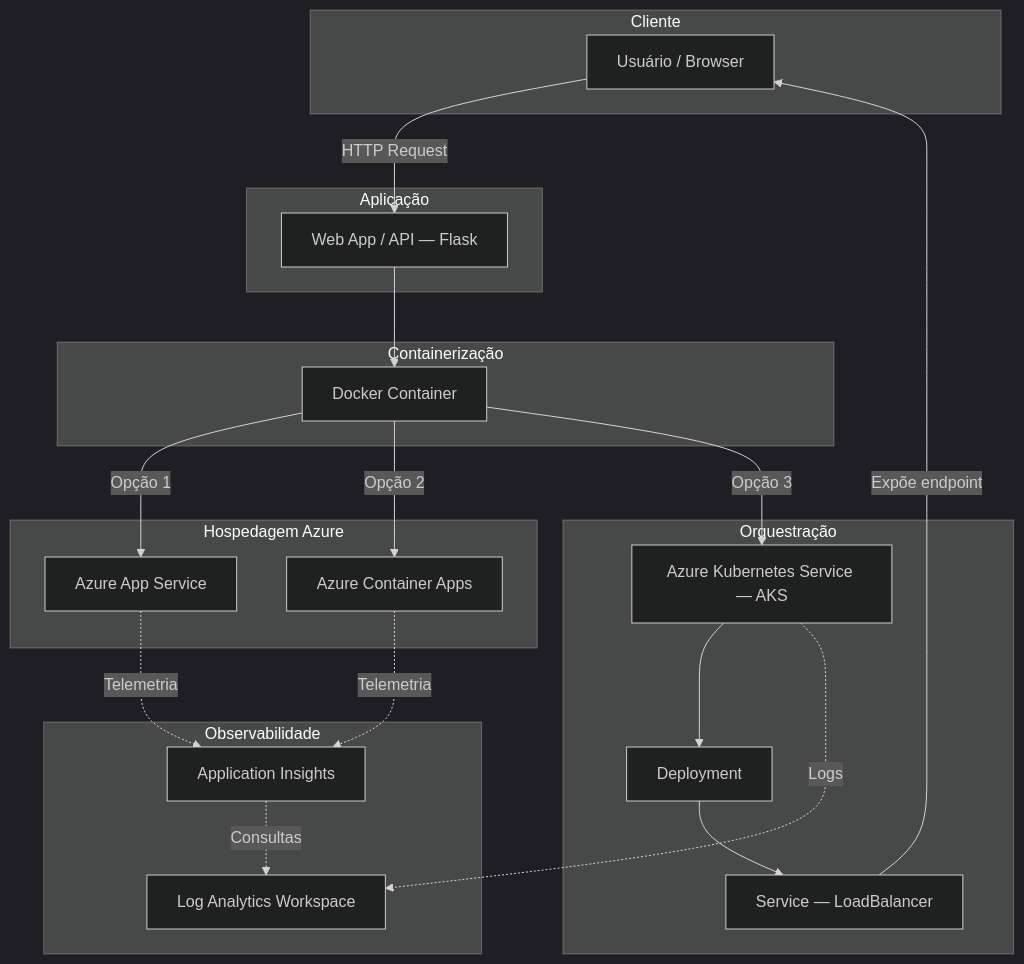
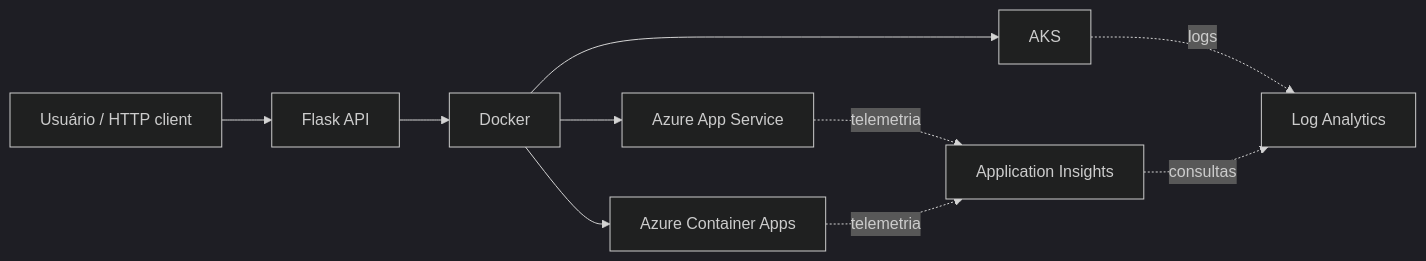
Before and after one commit to matheusflorindo32/azure-application-platform-lab: the diagram in docs/architecture.md, drawn with Mermaid (dark theme). The commit also changed other lines of this file, not shown here.

Commit message:
docs: clarify architecture boundaries and observability

````diff
--- a/docs/architecture.md
+++ b/docs/architecture.md
@@ -14,44 +13,14 @@
 ```mermaid
-flowchart TD
-    subgraph Cliente
-        A[Usuário / Browser]
-    end
+flowchart LR
+    U[Usuário / HTTP client] --> A[Flask API]
+    A --> D[Docker]
 
-    subgraph Aplicação
-        B[Web App / API — Flask]
-    end
+    D --> AS[Azure App Service]
+    D --> ACA[Azure Container Apps]
+    D --> AKS[AKS]
 
-    subgraph Hospedagem Azure
-        C[Azure App Service]
-        D[Azure Container Apps]
-    end
-
-    subgraph Containerização
-        E[Docker Container]
-    end
-
-    subgraph Orquestração
-        F[Azure Kubernetes Service — AKS]
-        G[Deployment]
-        H[Service — LoadBalancer]
-    end
-
-    subgraph Observabilidade
-        I[Application Insights]
-        J[Log Analytics Workspace]
-    end
-
-    A -->|HTTP Request| B
-    B --> E
-    E -->|Opção 1| C
-    E -->|Opção 2| D
-    E -->|Opção 3| F
-    F --> G
-    G --> H
-    H -->|Expõe endpoint| A
-
-    C -.->|Telemetria| I
-    D -.->|Telemetria| I
-    F -.->|Logs| J
-    I -.->|Consultas| J
+    AS -. telemetria .-> AI[Application Insights]
+    ACA -. telemetria .-> AI
+    AKS -. logs .-> LA[Log Analytics]
+    AI -. consultas .-> LA
 ```
````
